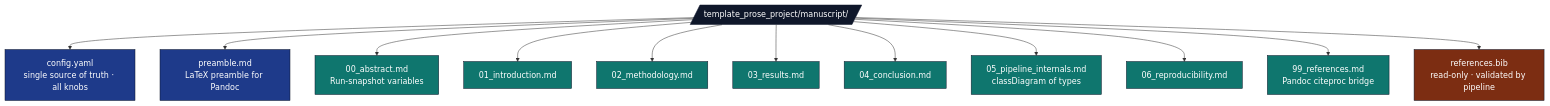
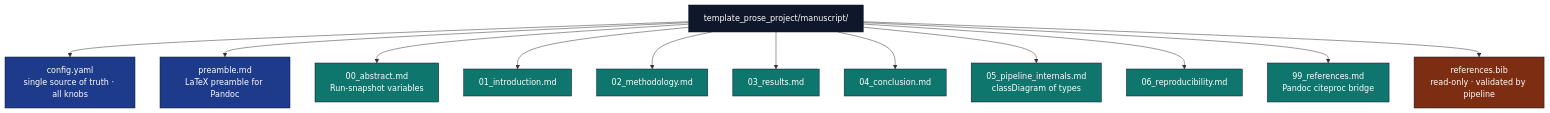
Before and after one commit to docxology/template: the diagram in projects/templates/template_prose_project/manuscript/AGENTS.md, drawn with Mermaid. The commit also changed 94 other files, not shown here.

````diff
--- a/projects/templates/template_prose_project/manuscript/AGENTS.md
+++ b/projects/templates/template_prose_project/manuscript/AGENTS.md
@@ -8,24 +8,24 @@
 ```mermaid
 flowchart TB
-    M[/template_prose_project/manuscript//]
+    M[template_prose_project/manuscript/]
     M --> CFG[config.yaml<br/>single source of truth · all knobs]
     M --> PRE[preamble.md<br/>LaTeX preamble for Pandoc]
     M --> S00[00_abstract.md<br/>Run-snapshot variables]
     M --> S01[01_introduction.md]
     M --> S02[02_methodology.md]
     M --> S03[03_results.md]
     M --> S04[04_conclusion.md]
     M --> S05[05_pipeline_internals.md<br/>classDiagram of types]
     M --> S06[06_reproducibility.md]
     M --> S99[99_references.md<br/>Pandoc citeproc bridge]
     M --> BIB[references.bib<br/>read-only · validated by pipeline]
 
     classDef d fill:#0f172a,stroke:#0f172a,color:#fff
     classDef cfg fill:#1e3a8a,stroke:#0f172a,color:#fff
     classDef sect fill:#0f766e,stroke:#0f172a,color:#fff
     classDef bib fill:#7c2d12,stroke:#0f172a,color:#fff
     class M d
     class CFG,PRE cfg
     class S00,S01,S02,S03,S04,S05,S06,S99 sect
     class BIB bib
 ```
````
